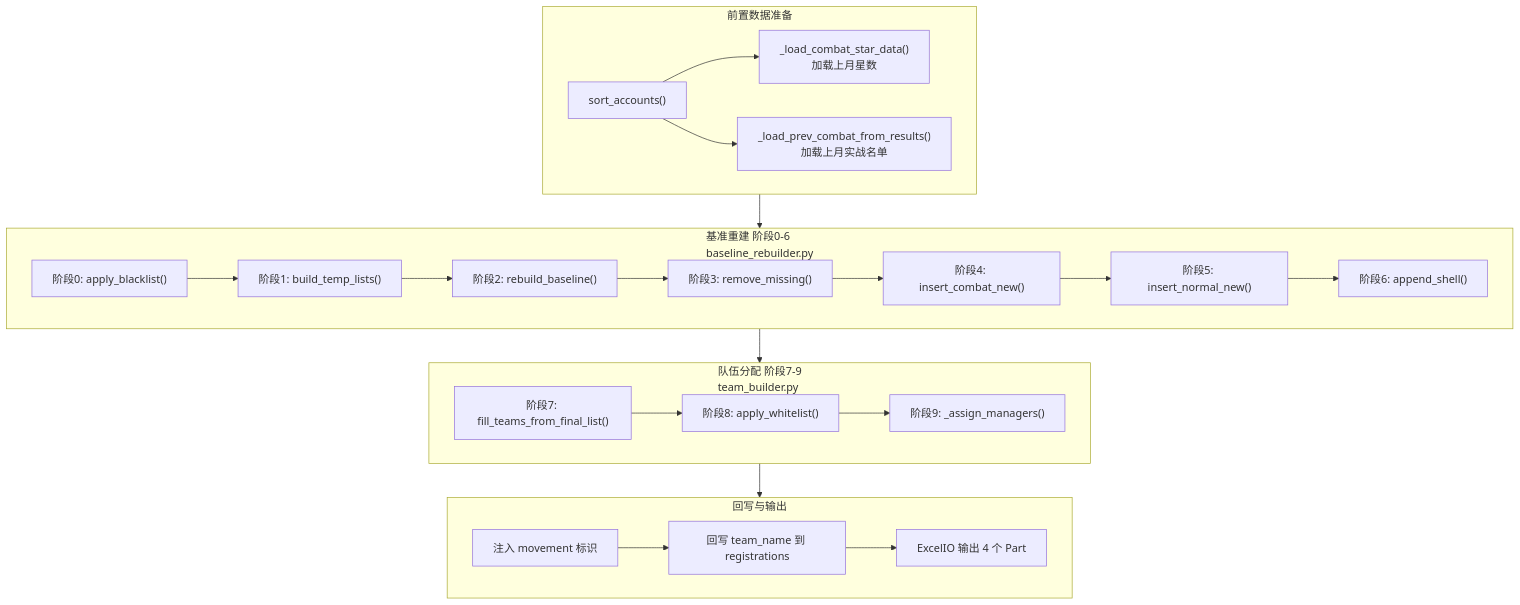
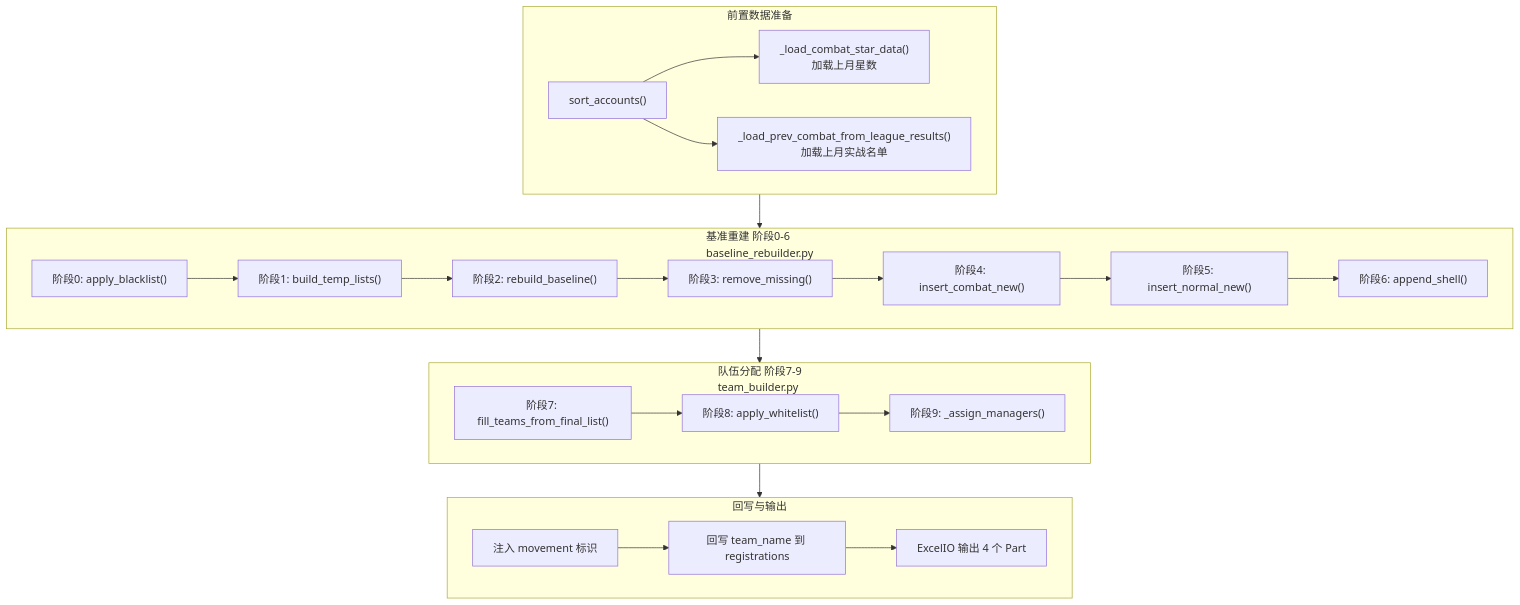
Before and after one commit to Pluto1944/sky-admin: the diagram in docs/03-sorting.md, drawn with Mermaid. The commit also changed other lines of this file and 33 other files, not shown here.

````diff
--- a/docs/03-sorting.md
+++ b/docs/03-sorting.md
@@ -292,28 +292,28 @@
 ```mermaid
 flowchart TD
     subgraph P1["前置数据准备"]
         A["sort_accounts()"] --> B["_load_combat_star_data()<br/>加载上月星数"]
-        A --> C["_load_prev_combat_from_results()<br/>加载上月实战名单"]
+        A --> C["_load_prev_combat_from_league_results()<br/>加载上月实战名单"]
     end
 
     subgraph P2["基准重建 阶段0-6<br/>baseline_rebuilder.py"]
         D["阶段0: apply_blacklist()"] --> E["阶段1: build_temp_lists()"]
         E --> F["阶段2: rebuild_baseline()"]
         F --> G["阶段3: remove_missing()"]
         G --> H["阶段4: insert_combat_new()"]
         H --> I["阶段5: insert_normal_new()"]
         I --> J["阶段6: append_shell()"]
     end
 
     subgraph P3["队伍分配 阶段7-9<br/>team_builder.py"]
         K["阶段7: fill_teams_from_final_list()"] --> L["阶段8: apply_whitelist()"]
         L --> M["阶段9: _assign_managers()"]
     end
 
     subgraph P4["回写与输出"]
         N["注入 movement 标识"] --> O["回写 team_name 到 registrations"]
         O --> P["ExcelIO 输出 4 个 Part"]
     end
 
     P1 --> P2 --> P3 --> P4
 ```
````
